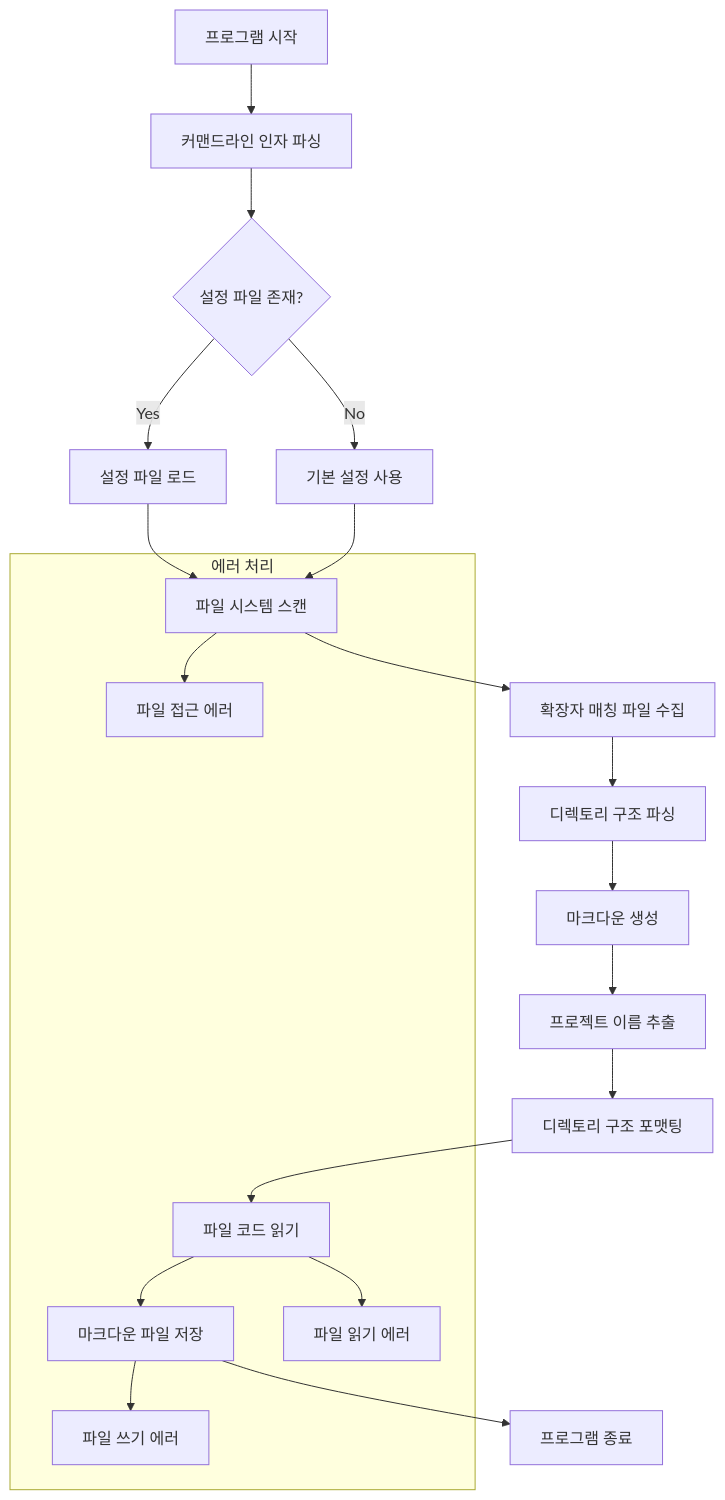
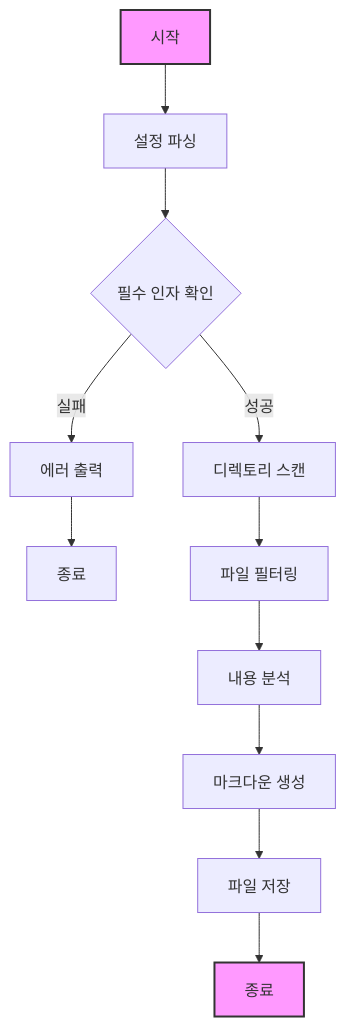
The diagram in README.md (kihyun1998/aimd), drawn with Mermaid before and after one commit. The commit also changed other lines of this file, not shown here.

````diff
--- a/README.md
+++ b/README.md
@@ -13,28 +38,16 @@
 ```mermaid
-flowchart TB
-   A[프로그램 시작] --> B[커맨드라인 인자 파싱]
-   B --> C{설정 파일 존재?}
-   
-   C -->|Yes| D[설정 파일 로드]
-   C -->|No| E[기본 설정 사용]
-   
-   D --> F[파일 시스템 스캔]
-   E --> F
-   
-   F --> G[확장자 매칭 파일 수집]
-   G --> H[디렉토리 구조 파싱]
-   
-   H --> I[마크다운 생성]
-   I --> J[프로젝트 이름 추출]
-   J --> K[디렉토리 구조 포맷팅]
-   K --> L[파일 코드 읽기]
-   L --> M[마크다운 파일 저장]
-   
-   M --> N[프로그램 종료]
+graph TD
+    A[시작] --> B[설정 파싱]
+    B --> C{필수 인자 확인}
+    C -->|실패| D[에러 출력]
+    D --> E[종료]
+    C -->|성공| F[디렉토리 스캔]
+    F --> G[파일 필터링]
+    G --> H[내용 분석]
+    H --> I[마크다운 생성]
+    I --> J[파일 저장]
+    J --> K[종료]
 
-   subgraph "에러 처리"
-       F --> O[파일 접근 에러]
-       L --> P[파일 읽기 에러]
-       M --> Q[파일 쓰기 에러]
-   end
+    style A fill:#f9f,stroke:#333,stroke-width:2px
+    style K fill:#f9f,stroke:#333,stroke-width:2px
 ```
````
